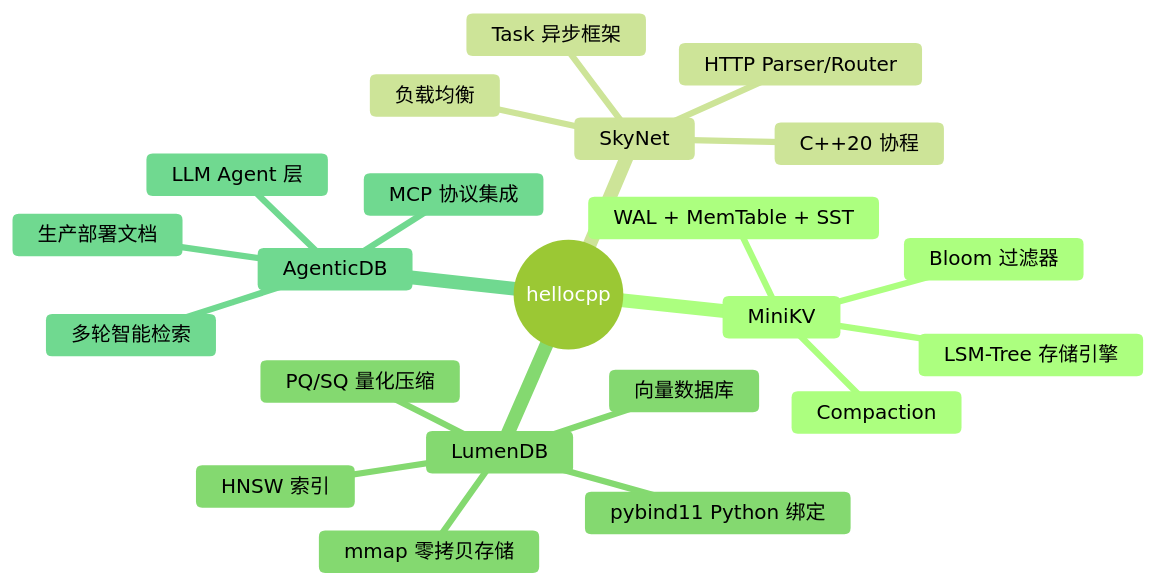
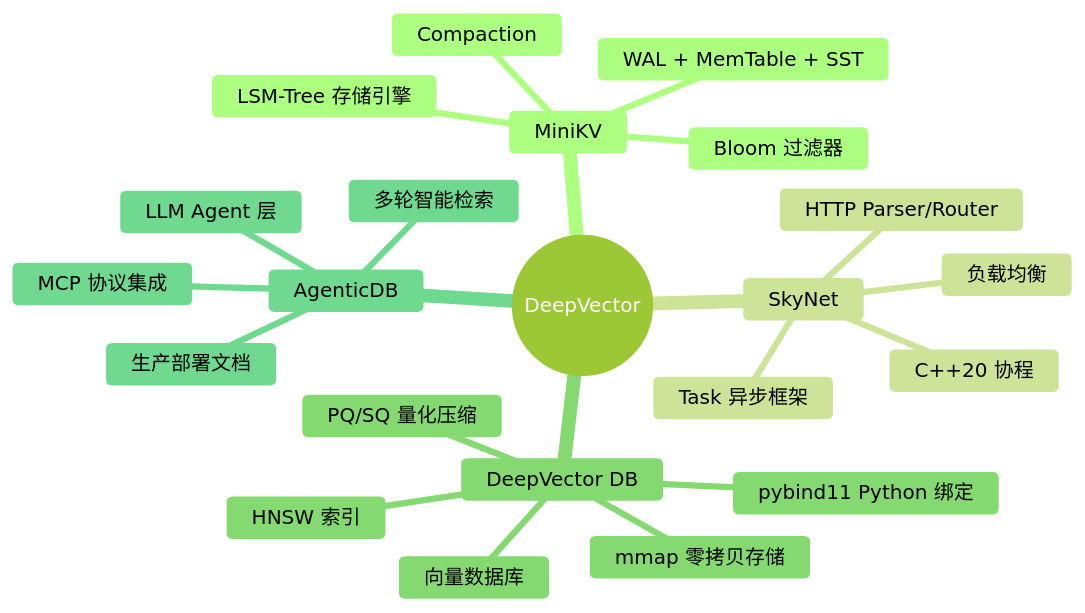
The first of 2 diagrams in README.md (Thezx-a/LumenDB), drawn with Mermaid (forest theme) before and after one commit. The commit also changed other lines of this file and 319 other files, not shown here.

First line of the commit message:
refactor: 项目重命名 LumenDB → DeepVector / Rename project

````diff
--- a/README.md
+++ b/README.md
@@ -22,25 +30,25 @@
 ```mermaid
 mindmap
-  root((hellocpp))
+  root((DeepVector))
     MiniKV
       LSM-Tree 存储引擎
       WAL + MemTable + SST
       Bloom 过滤器
       Compaction
     SkyNet
       C++20 协程
       Task<T> 异步框架
       HTTP Parser/Router
       负载均衡
-    LumenDB
+    DeepVector DB
       向量数据库
       HNSW 索引
       mmap 零拷贝存储
       PQ/SQ 量化压缩
       pybind11 Python 绑定
     AgenticDB
       LLM Agent 层
       多轮智能检索
       MCP 协议集成
       生产部署文档
 ```
````
